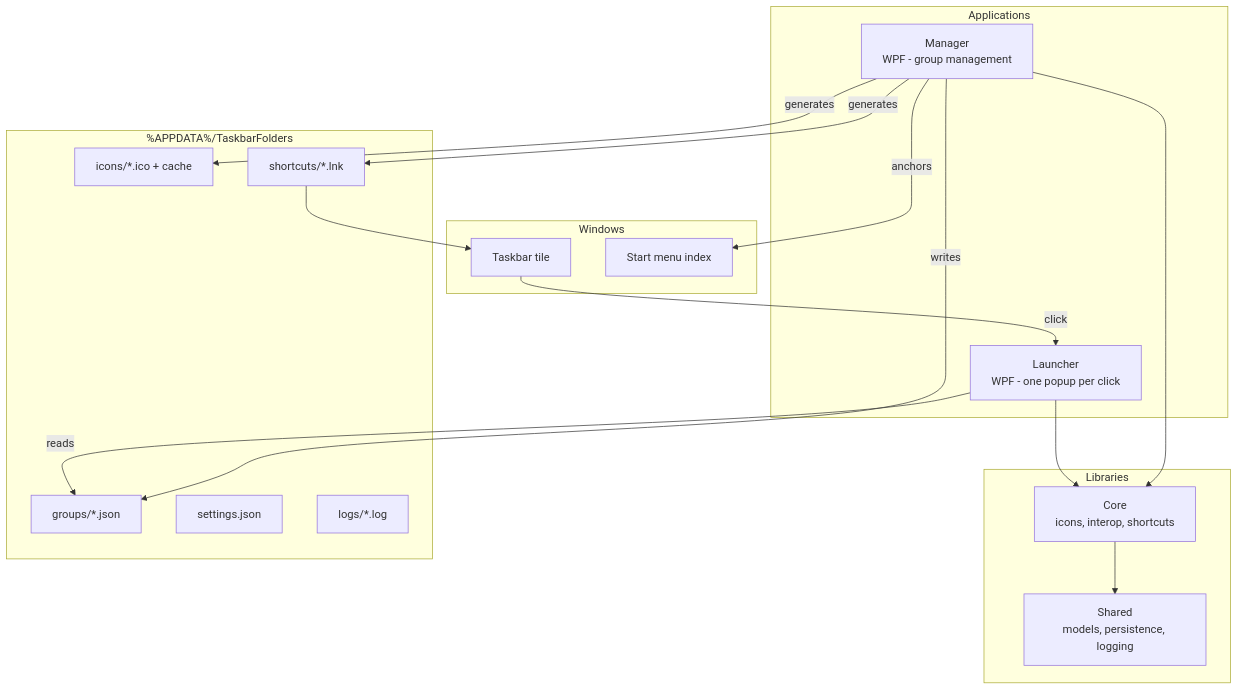
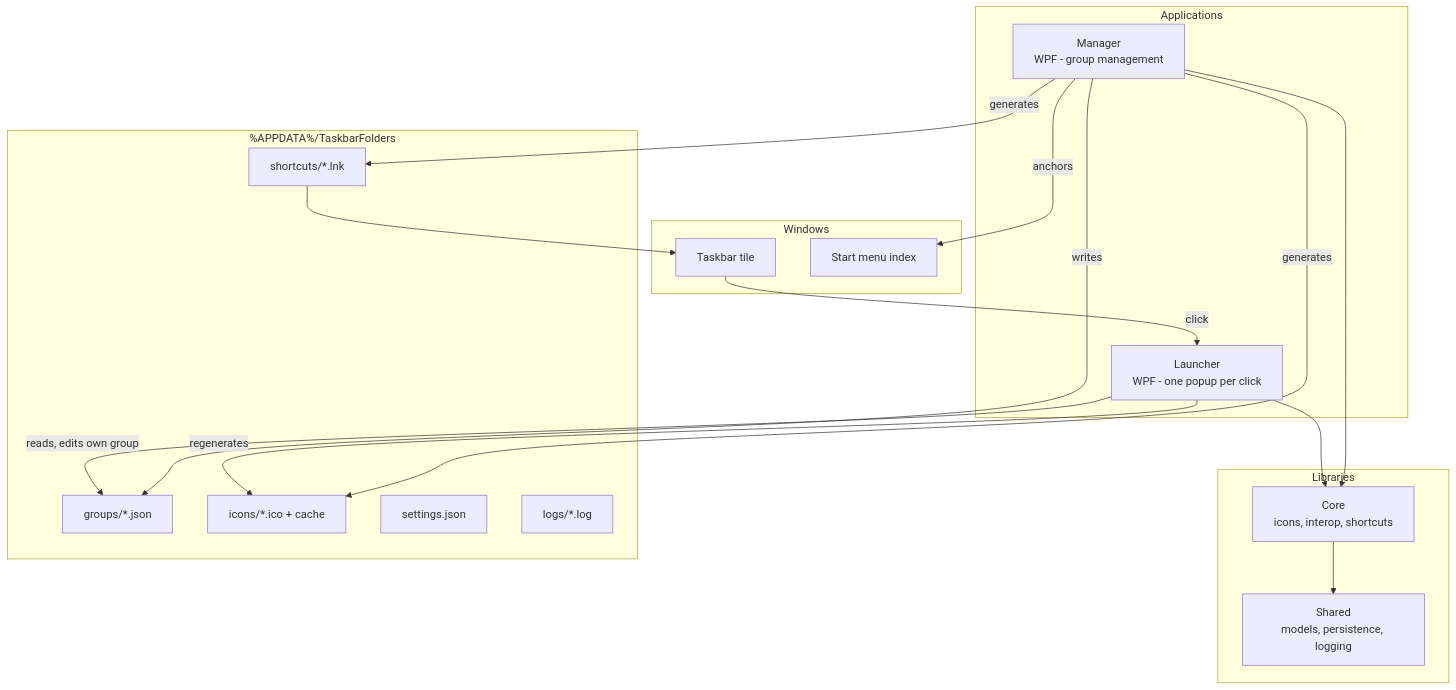
One commit to aybrkaknc/taskbar-grouping changed the first of 2 diagrams in docs/architecture.md. Above: the diagram before and after it, drawn with Mermaid. The commit also changed other lines of this file and 17 other files, not shown here.

````diff
--- a/docs/architecture.md
+++ b/docs/architecture.md
@@ -9,35 +9,36 @@
 ```mermaid
 graph TB
     subgraph Windows
         Taskbar[Taskbar tile]
         StartMenu[Start menu index]
     end
 
     subgraph Applications
         Manager[Manager<br/>WPF - group management]
         Launcher[Launcher<br/>WPF - one popup per click]
     end
 
     subgraph Libraries
         Core[Core<br/>icons, interop, shortcuts]
         Shared[Shared<br/>models, persistence, logging]
     end
 
     subgraph "%APPDATA%/TaskbarFolders"
         Groups[groups/*.json]
         Icons[icons/*.ico + cache]
         Shortcuts[shortcuts/*.lnk]
         Settings[settings.json]
         Logs[logs/*.log]
     end
 
     Manager --> Core --> Shared
     Launcher --> Core
     Manager -->|writes| Groups
     Manager -->|generates| Icons
     Manager -->|generates| Shortcuts
     Manager -->|anchors| StartMenu
-    Launcher -->|reads| Groups
+    Launcher -->|reads, edits own group| Groups
+    Launcher -->|regenerates| Icons
     Shortcuts --> Taskbar
     Taskbar -->|click| Launcher
 ```
````
